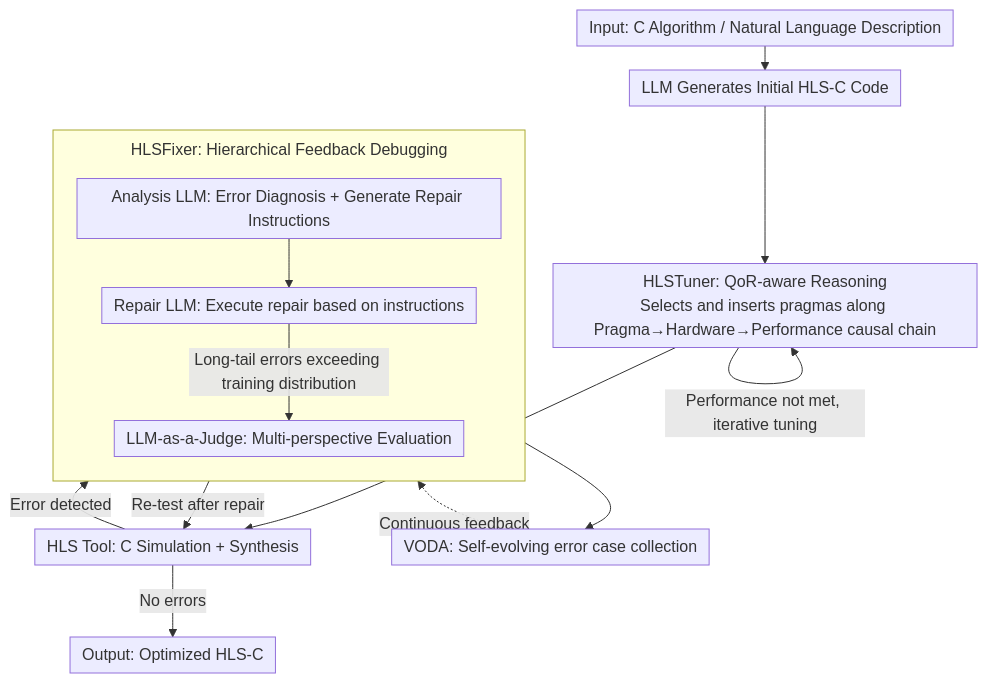
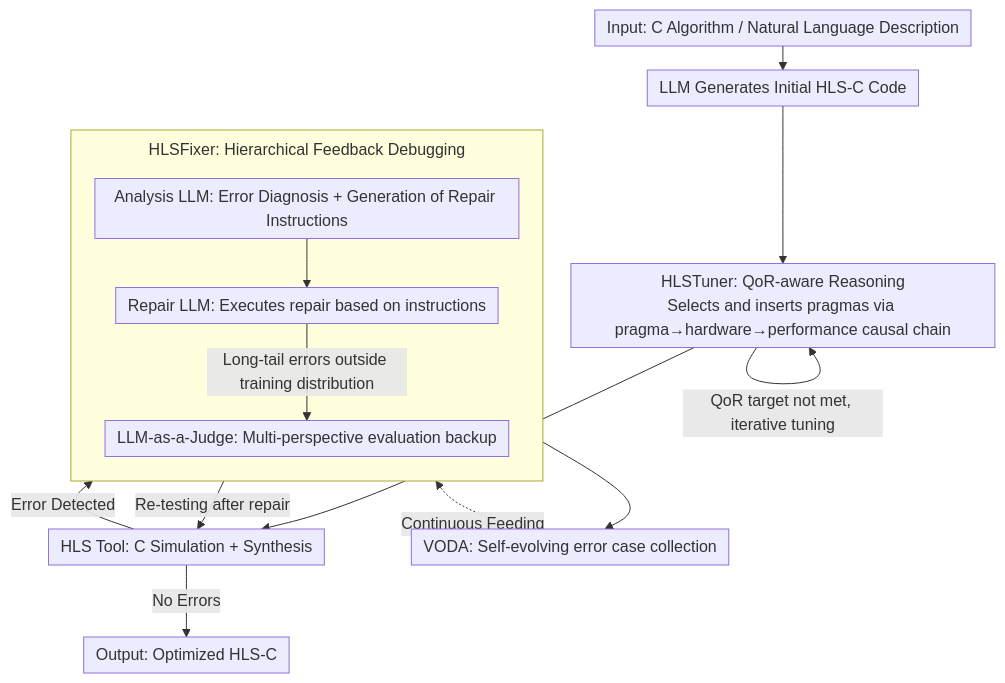
One commit to zhaoyang97/Paper-Notes-en changed the diagram in docs/ACL2026/code_intelligence/chathls_towards_systematic_design_automation_and_optimization_for_high-level_syn.md. Above: the diagram before and after it, drawn with Mermaid. The commit also changed other lines of this file and 5084 other files, not shown here.

````diff
--- a/docs/ACL2026/code_intelligence/chathls_towards_systematic_design_automation_and_optimization_for_high-level_syn.md
+++ b/docs/ACL2026/code_intelligence/chathls_towards_systematic_design_automation_and_optimization_for_high-level_syn.md
@@ -45,18 +45,18 @@
 ```mermaid
 %%{init: {'flowchart': {'rankSpacing': 24, 'nodeSpacing': 28, 'padding': 6, 'wrappingWidth': 400, 'subGraphTitleMargin': {'top': 8, 'bottom': 16}}}}%%
 flowchart TD
     A["Input: C Algorithm / Natural Language Description"] --> B["LLM Generates Initial HLS-C Code"]
-    B --> C["HLSTuner: QoR-aware Reasoning<br/>Selects and inserts pragmas along Pragma→Hardware→Performance causal chain"]
-    C -->|Performance not met, iterative tuning| C
+    B --> C["HLSTuner: QoR-aware Reasoning<br/>Selects and inserts pragmas via pragma→hardware→performance causal chain"]
+    C -->|QoR target not met, iterative tuning| C
     C --> D["HLS Tool: C Simulation + Synthesis"]
-    D -->|No errors| Z["Output: Optimized HLS-C"]
-    D -->|Error detected| FIX
+    D -->|No Errors| Z["Output: Optimized HLS-C"]
+    D -->|Error Detected| FIX
     subgraph FIX["HLSFixer: Hierarchical Feedback Debugging"]
         direction TB
-        E["Analysis LLM: Error Diagnosis + Generate Repair Instructions"] --> F["Repair LLM: Execute repair based on instructions"]
-        F -->|Long-tail errors exceeding training distribution| G["LLM-as-a-Judge: Multi-perspective Evaluation"]
+        E["Analysis LLM: Error Diagnosis + Generation of Repair Instructions"] --> F["Repair LLM: Executes repair based on instructions"]
+        F -->|Long-tail errors outside training distribution| G["LLM-as-a-Judge: Multi-perspective evaluation backup"]
     end
-    FIX -->|Re-test after repair| D
+    FIX -->|Re-testing after repair| D
     FIX --> V["VODA: Self-evolving error case collection"]
-    V -.Continuous feedback.-> FIX
+    V -.Continuous Feeding.-> FIX
 ```
````
